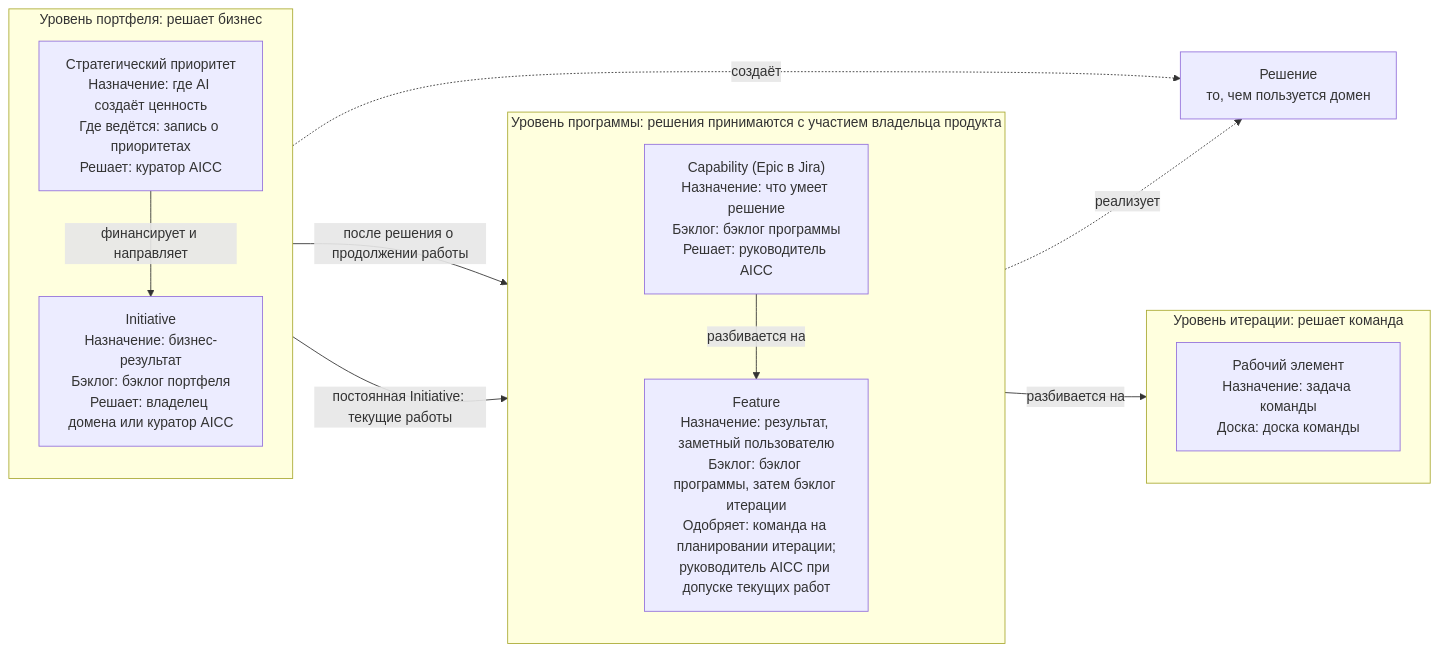
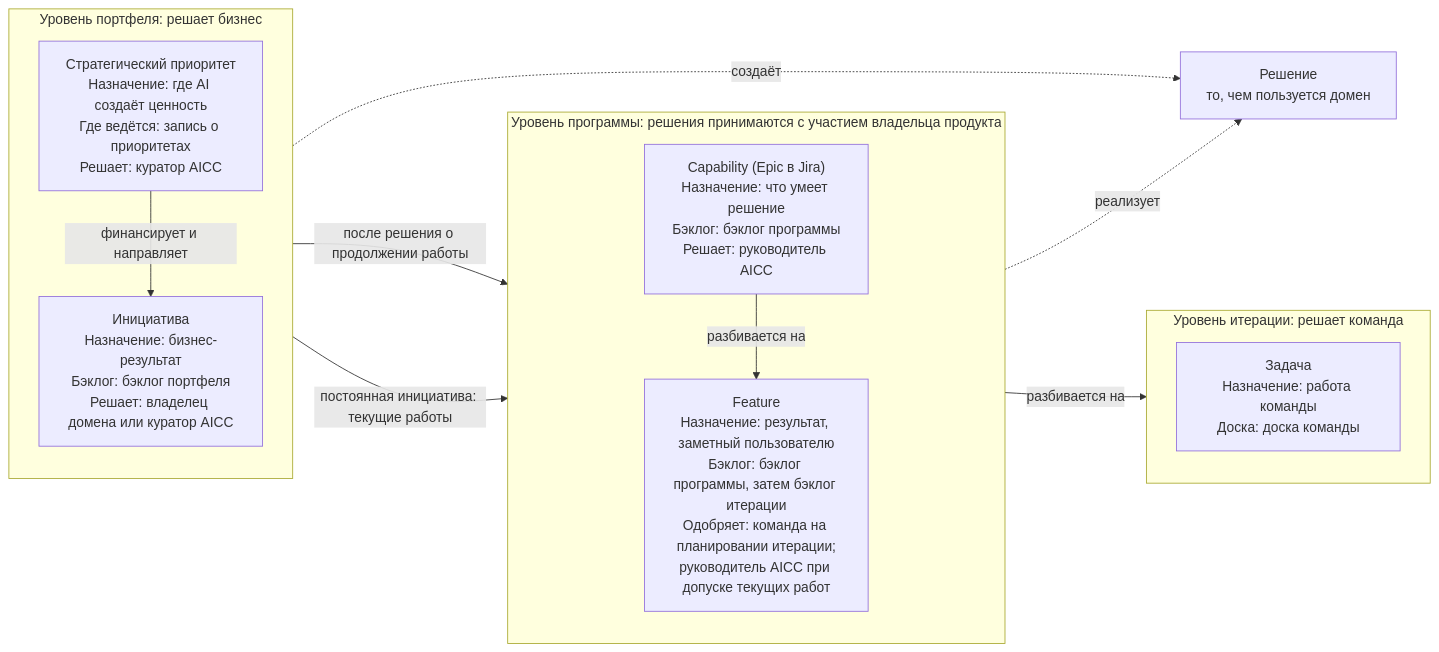
The first of 13 diagrams in charter/ru/documents/solution-lifecycle-model.md (devhogu/ob-aicc), drawn with Mermaid before and after one commit. The commit also changed other lines of this file and 150 other files, not shown here.

````diff
--- a/charter/ru/documents/solution-lifecycle-model.md
+++ b/charter/ru/documents/solution-lifecycle-model.md
@@ -63,24 +63,24 @@
 ```mermaid
 flowchart LR
   subgraph PORT["Уровень портфеля: решает бизнес"]
     direction TB
     SP["Стратегический приоритет<br/>Назначение: где AI создаёт ценность<br/>Где ведётся: запись о приоритетах<br/>Решает: куратор AICC"]
-    INI["Initiative<br/>Назначение: бизнес-результат<br/>Бэклог: бэклог портфеля<br/>Решает: владелец домена или куратор AICC"]
+    INI["Инициатива<br/>Назначение: бизнес-результат<br/>Бэклог: бэклог портфеля<br/>Решает: владелец домена или куратор AICC"]
     SP -->|финансирует и направляет| INI
   end
   subgraph PROG["Уровень программы: решения принимаются с участием владельца продукта"]
     direction TB
     CAP["Capability (Epic в Jira)<br/>Назначение: что умеет решение<br/>Бэклог: бэклог программы<br/>Решает: руководитель AICC"]
     FT["Feature<br/>Назначение: результат, заметный пользователю<br/>Бэклог: бэклог программы, затем бэклог итерации<br/>Одобряет: команда на планировании итерации;<br/>руководитель AICC при допуске текущих работ"]
     CAP -->|разбивается на| FT
   end
   subgraph ITER["Уровень итерации: решает команда"]
     direction TB
-    WI["Рабочий элемент<br/>Назначение: задача команды<br/>Доска: доска команды"]
+    WI["Задача<br/>Назначение: работа команды<br/>Доска: доска команды"]
   end
   INI -->|после решения о продолжении работы| CAP
-  INI -->|постоянная Initiative: текущие работы| FT
+  INI -->|постоянная инициатива: текущие работы| FT
   FT -->|разбивается на| WI
   INI -.->|создаёт| SOL["Решение<br/>то, чем пользуется домен"]
   CAP -.->|реализует| SOL
 ```
````
